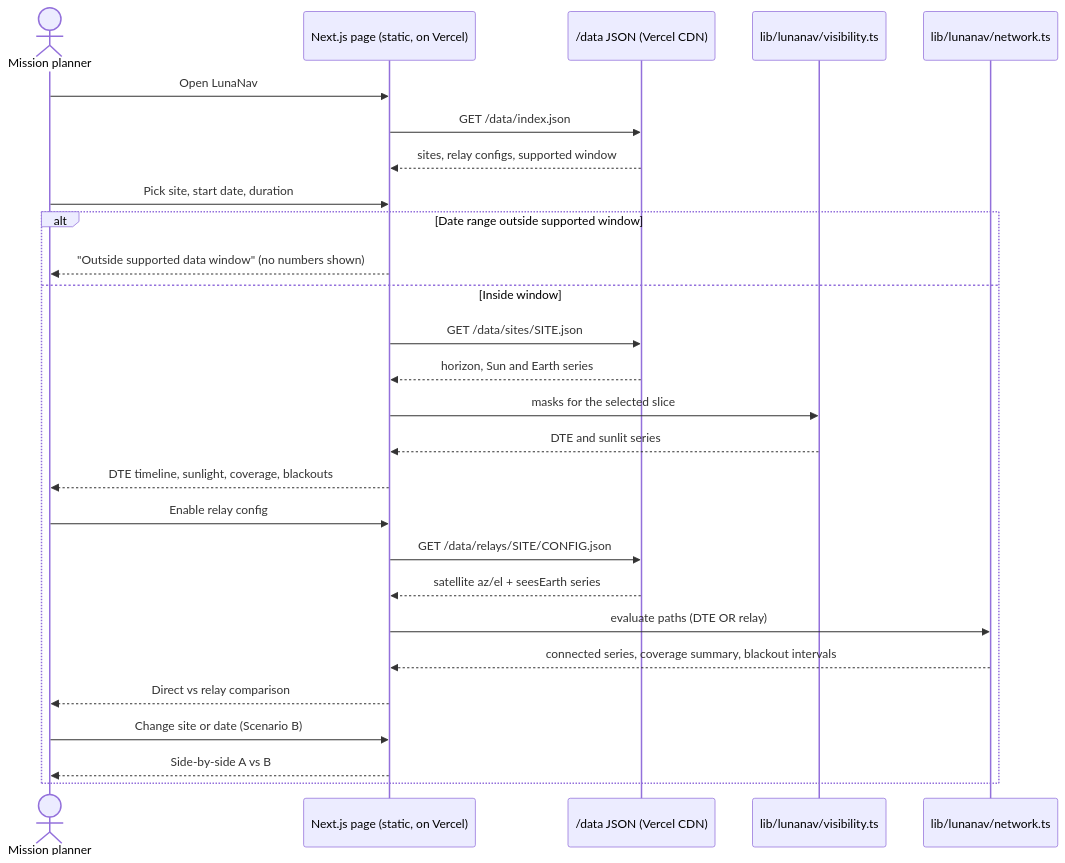
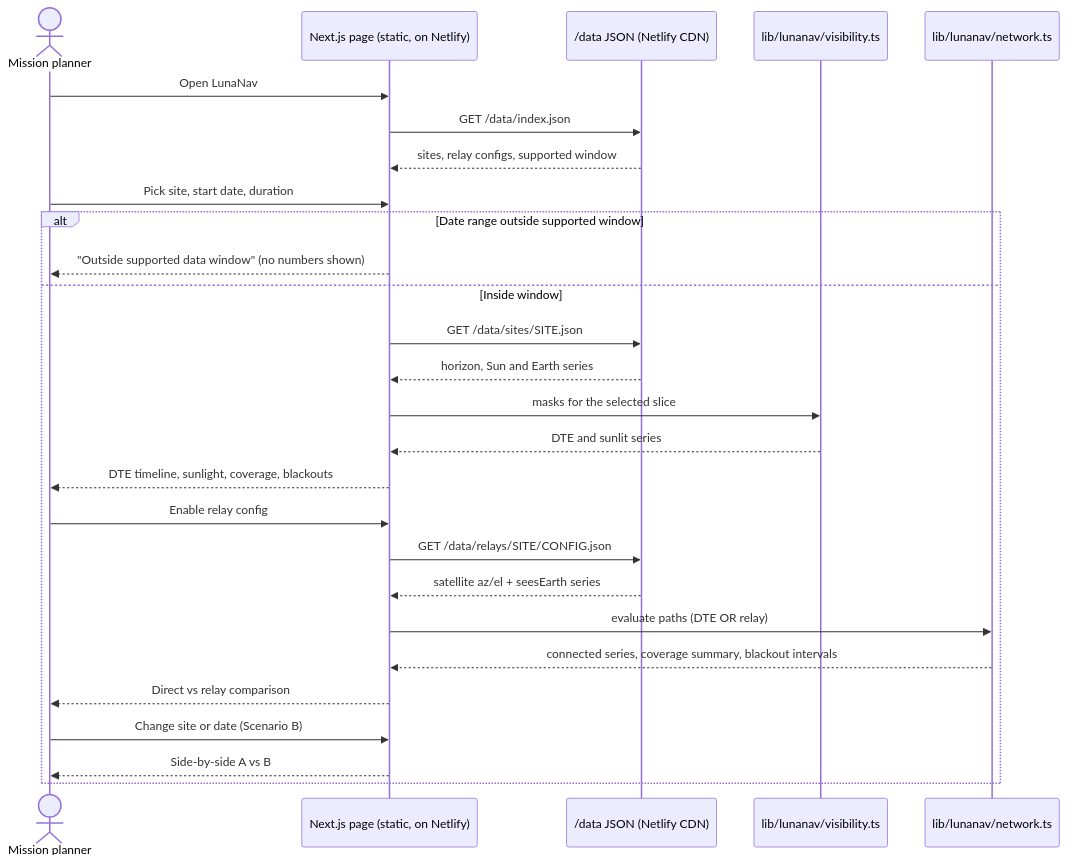
One commit to Vathys/space-apps-2026 changed the fifth of 6 diagrams in docs/architecture.md. Above: the diagram before and after it, drawn with Mermaid. The commit also changed other lines of this file and 12 other files, not shown here.

Commit message:
chore(docs): host on Netlify instead of Vercel (D-22)

````diff
--- a/docs/architecture.md
+++ b/docs/architecture.md
@@ -121,29 +121,29 @@
 ```mermaid
 sequenceDiagram
   actor U as Mission planner
-  participant P as Next.js page (static, on Vercel)
-  participant D as /data JSON (Vercel CDN)
+  participant P as Next.js page (static, on Netlify)
+  participant D as /data JSON (Netlify CDN)
   participant V as lib/lunanav/visibility.ts
   participant N as lib/lunanav/network.ts
   U->>P: Open LunaNav
   P->>D: GET /data/index.json
   D-->>P: sites, relay configs, supported window
   U->>P: Pick site, start date, duration
   alt Date range outside supported window
     P-->>U: "Outside supported data window" (no numbers shown)
   else Inside window
     P->>D: GET /data/sites/SITE.json
     D-->>P: horizon, Sun and Earth series
     P->>V: masks for the selected slice
     V-->>P: DTE and sunlit series
     P-->>U: DTE timeline, sunlight, coverage, blackouts
     U->>P: Enable relay config
     P->>D: GET /data/relays/SITE/CONFIG.json
     D-->>P: satellite az/el + seesEarth series
     P->>N: evaluate paths (DTE OR relay)
     N-->>P: connected series, coverage summary, blackout intervals
     P-->>U: Direct vs relay comparison
     U->>P: Change site or date (Scenario B)
     P-->>U: Side-by-side A vs B
   end
 ```
````
